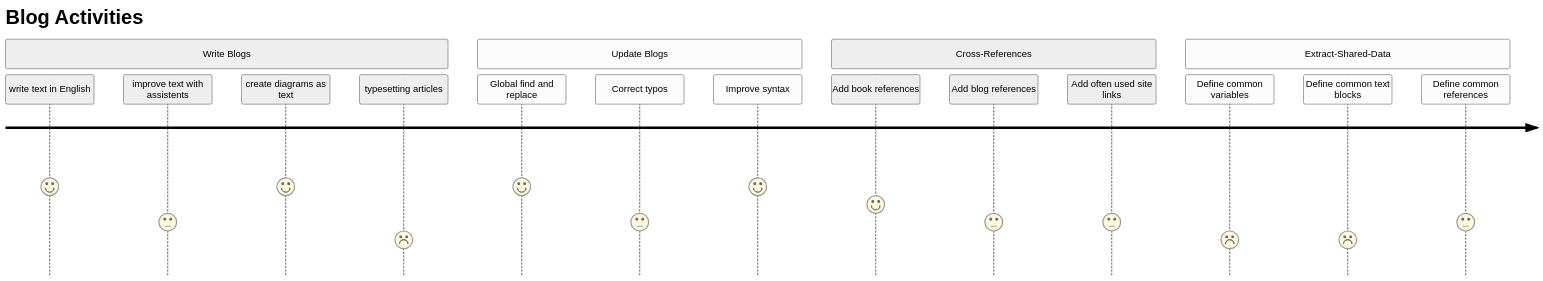
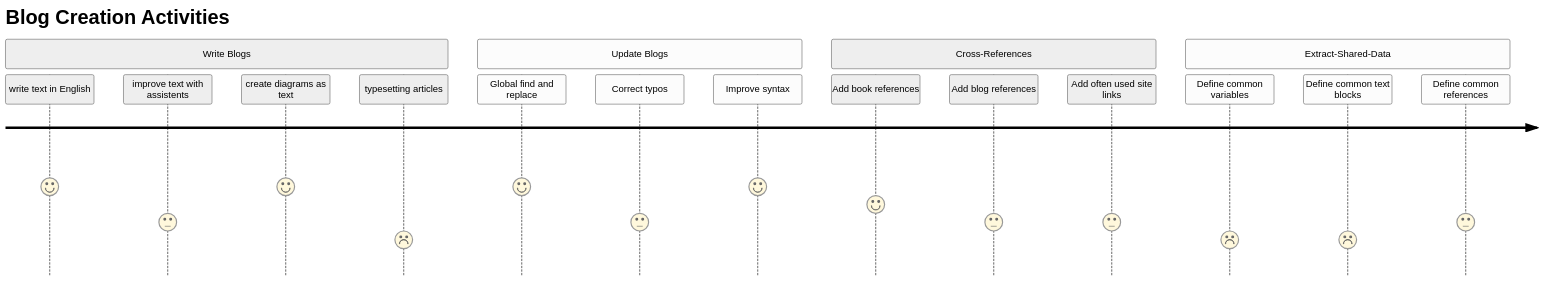
One commit to tangly-team/tangly-os changed the diagram in src/site/website/content/blog/2024/blog-2024-03-03.adoc. Above: the diagram before and after it, drawn with Mermaid (neutral theme). The commit also changed other lines of this file and 58 other files, not shown here.

```diff
--- a/src/site/website/content/blog/2024/blog-2024-03-03.adoc
+++ b/src/site/website/content/blog/2024/blog-2024-03-03.adoc
@@ -29,22 +33,22 @@
 [mermaid,blog-journey,svg]
 ----
 journey
-    title Blog Activities
+    title Blog Creation Activities
     section Write Blogs
         write text in English: 5
         improve text with assistents: 3
         create diagrams as text: 5
         typesetting articles: 2
     section Update Blogs
         Global find and replace: 5
         Correct typos: 3
         Improve syntax: 5
     section Cross-References
         Add book references: 4
         Add blog references: 3
         Add often used site links: 3
     section Extract-Shared-Data
         Define common variables: 2
         Define common text blocks: 2
         Define common references: 3
 ----
```
